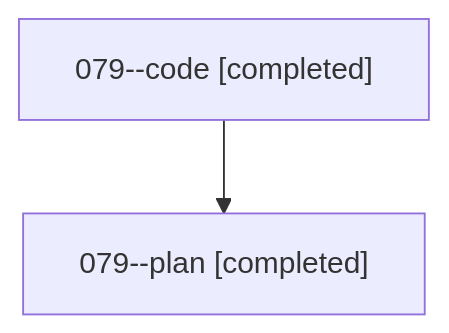
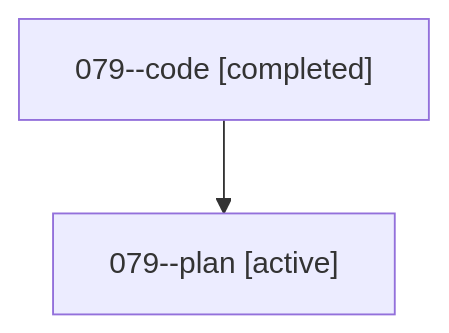
One commit to sase-org/sase--agents changed the diagram in families/bbugyi200.athena.079.md. Above: the diagram before and after it, drawn with Mermaid. The commit also changed other lines of this file and 35830 other files, not shown here.

````diff
--- a/families/bbugyi200.athena.079.md
+++ b/families/bbugyi200.athena.079.md
@@ -9,6 +9,6 @@
 ```mermaid
 flowchart TD
   n0["079--code [completed]"]
-  n1["079--plan [completed]"]
+  n1["079--plan [active]"]
   n0 --> n1
 ```
````
